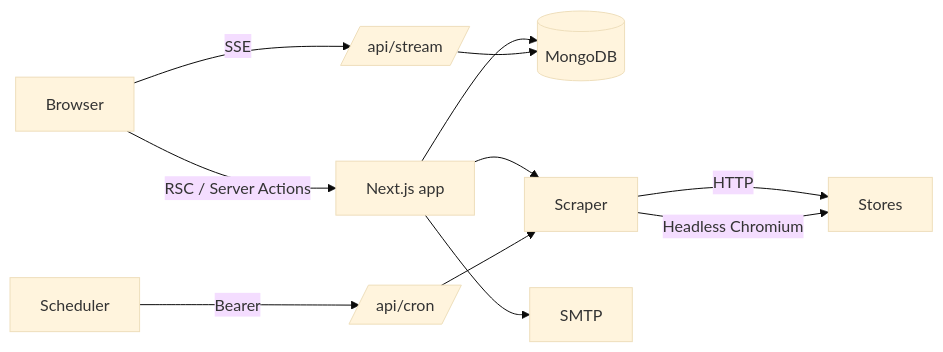
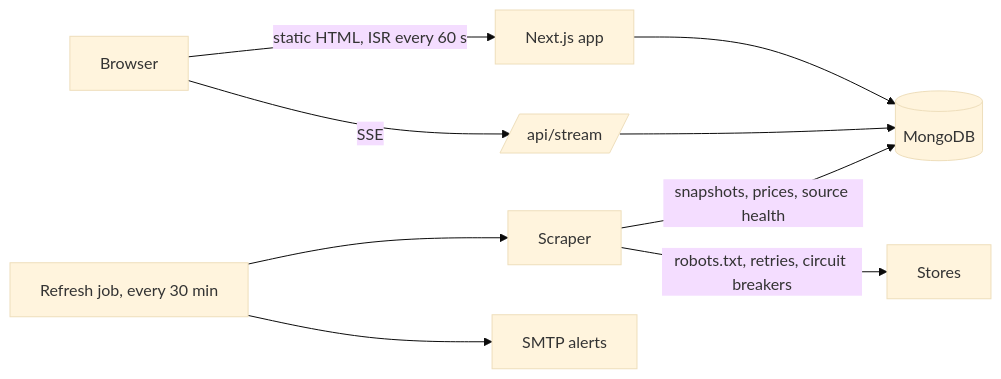
Before and after one commit to sAchin-680/ScrapeMaster-AI: the diagram in README.md, drawn with Mermaid (base theme). The commit also changed other lines of this file, not shown here.

Commit message:
Document reliability, static delivery and responsible collection

````diff
--- a/README.md
+++ b/README.md
@@ -43,12 +45,11 @@
 ```mermaid
 flowchart LR
-    B[Browser] -- RSC / Server Actions --> N[Next.js app]
+    B[Browser] -- static HTML, ISR every 60 s --> N[Next.js app]
     B -- SSE --> S[/api/stream/]
     N --> DB[(MongoDB)]
     S --> DB
-    N --> SC[Scraper]
-    C[Scheduler] -- Bearer --> CR[/api/cron/] --> SC
-    SC -- HTTP --> ST[Stores]
-    SC -- Headless Chromium --> ST
-    N --> M[SMTP]
+    J[Refresh job, every 30 min] --> SC[Scraper]
+    SC -- robots.txt, retries, circuit breakers --> ST[Stores]
+    SC -- snapshots, prices, source health --> DB
+    J --> M[SMTP alerts]
 ```
````
